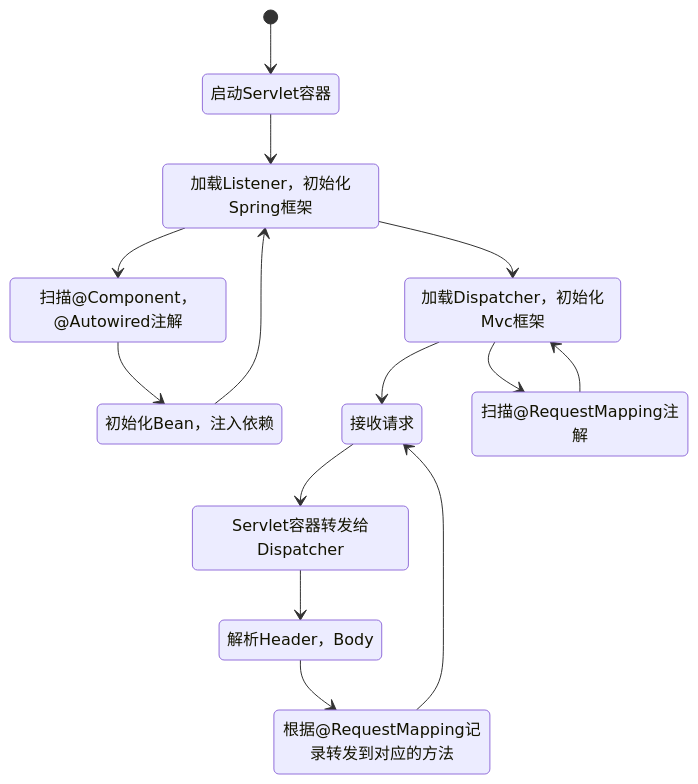
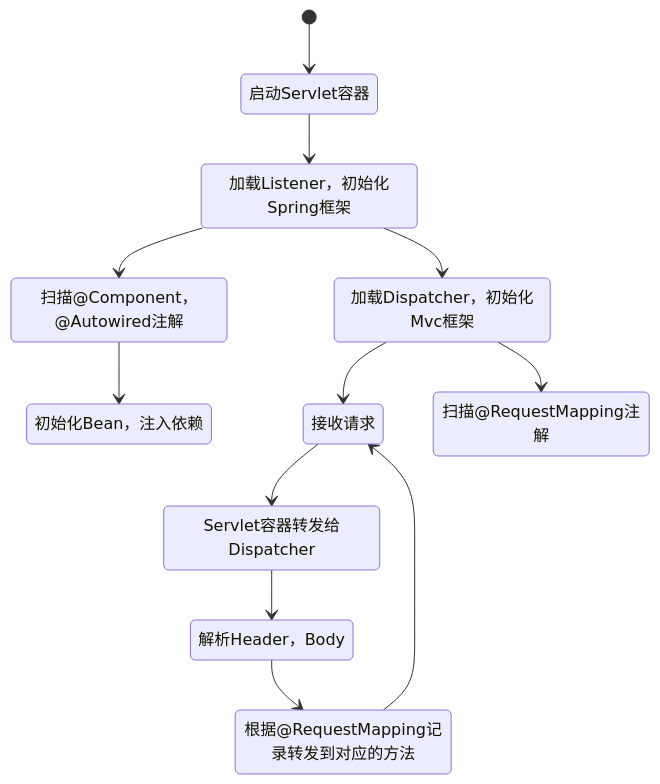
One commit to AkagiYui/NCWUJava changed the diagram in web-chat-project/README.md. Above: the diagram before and after it, drawn with Mermaid. The commit also changed other lines of this file and 28 other files, not shown here.

````diff
--- a/web-chat-project/README.md
+++ b/web-chat-project/README.md
@@ -25,22 +28,17 @@
 ```mermaid
 stateDiagram-v2
     [*] --> 启动Servlet容器
     启动Servlet容器 --> 加载Listener，初始化Spring框架
     加载Listener，初始化Spring框架 --> 加载Dispatcher，初始化Mvc框架
-    
 
     加载Listener，初始化Spring框架 --> 扫描@Component，@Autowired注解
     扫描@Component，@Autowired注解 --> 初始化Bean，注入依赖
-    初始化Bean，注入依赖 --> 加载Listener，初始化Spring框架
-
-    
 
     加载Dispatcher，初始化Mvc框架 --> 接收请求
     接收请求 --> Servlet容器转发给Dispatcher
     Servlet容器转发给Dispatcher --> 解析Header，Body
     解析Header，Body --> 根据@RequestMapping记录转发到对应的方法
     根据@RequestMapping记录转发到对应的方法 --> 接收请求
 
     加载Dispatcher，初始化Mvc框架 --> 扫描@RequestMapping注解
-    扫描@RequestMapping注解 --> 加载Dispatcher，初始化Mvc框架
 ```
````
